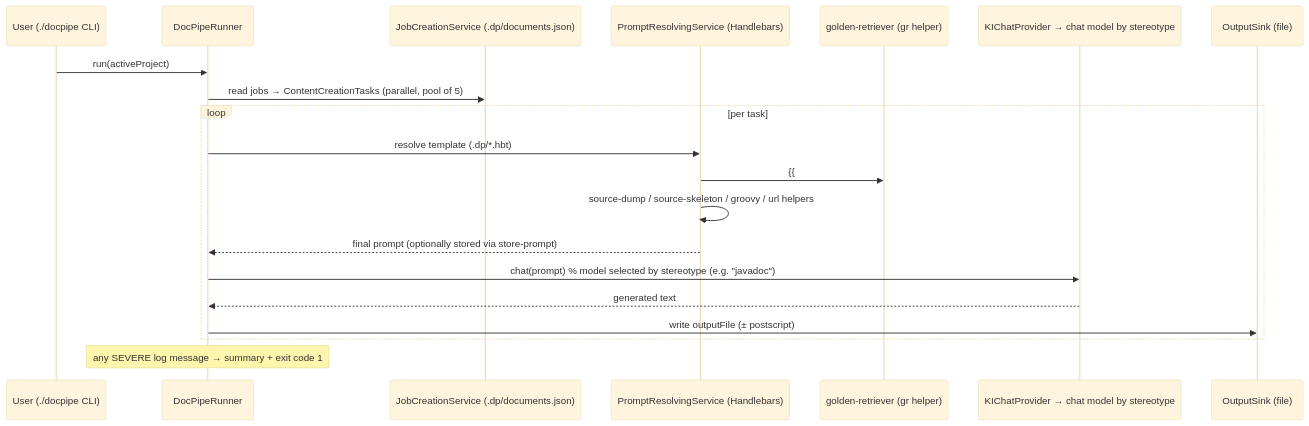
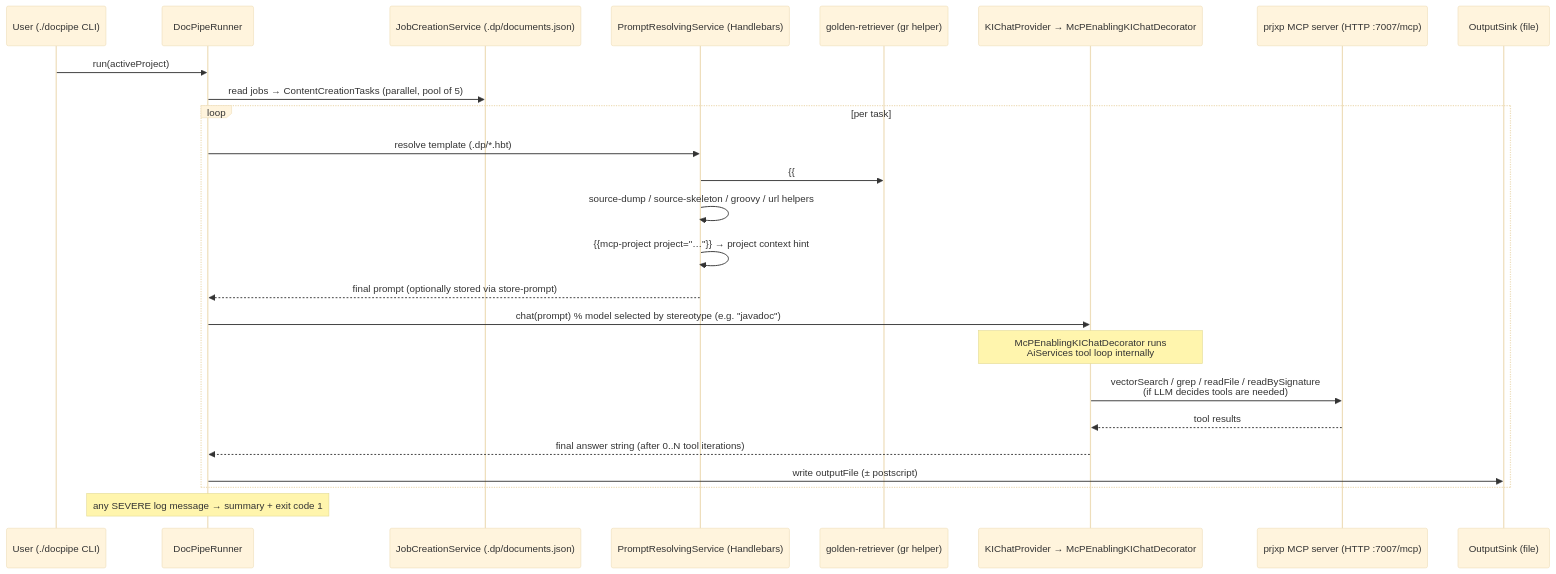
The sixth of 6 diagrams in doc/arc42/06_runtime_view.md (carstenSpraener/prjxp), drawn with Mermaid (base theme) before and after one commit. The commit also changed other lines of this file and 16 other files, not shown here.

````diff
--- a/doc/arc42/06_runtime_view.md
+++ b/doc/arc42/06_runtime_view.md
@@ -160,23 +160,28 @@
 ```mermaid
 sequenceDiagram
     participant U as User (./docpipe CLI)
     participant RUN as DocPipeRunner
     participant JOBS as JobCreationService (.dp/documents.json)
     participant PRS as PromptResolvingService (Handlebars)
     participant GR as golden-retriever (gr helper)
-    participant LLM as KIChatProvider → chat model by stereotype
+    participant LLM as KIChatProvider → McPEnablingKIChatDecorator
+    participant MCP as prjxp MCP server (HTTP :7007/mcp)
     participant OUT as OutputSink (file)
 
     U->>RUN: run(activeProject)
     RUN->>JOBS: read jobs → ContentCreationTasks (parallel, pool of 5)
     loop per task
         RUN->>PRS: resolve template (.dp/*.hbt)
         PRS->>GR: {{#gr prj="…"}} … {{/gr}} → enriched project context
         PRS->>PRS: source-dump / source-skeleton / groovy / url helpers
+        PRS->>PRS: {{mcp-project project="…"}} → project context hint
         PRS-->>RUN: final prompt (optionally stored via store-prompt)
         RUN->>LLM: chat(prompt)   % model selected by stereotype (e.g. "javadoc")
-        LLM-->>RUN: generated text
+        Note over LLM: McPEnablingKIChatDecorator runs<br/>AiServices tool loop internally
+        LLM->>MCP: vectorSearch / grep / readFile / readBySignature<br/>(if LLM decides tools are needed)
+        MCP-->>LLM: tool results
+        LLM-->>RUN: final answer string (after 0..N tool iterations)
         RUN->>OUT: write outputFile (± postscript)
     end
     Note over RUN: any SEVERE log message → summary + exit code 1
 ```
````
